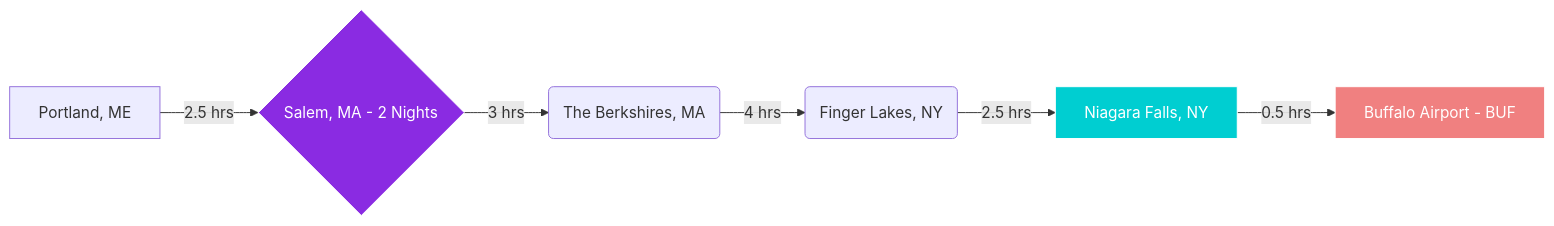
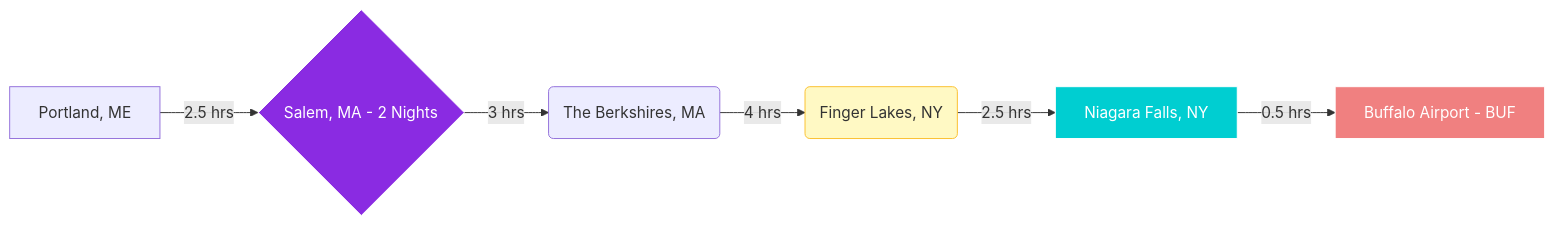
The diagram in trip.md (rcpsolutions-net/markdown-docs), drawn with Mermaid before and after one commit. The commit also changed other lines of this file, not shown here.

Commit message:
Add style for element D in trip.md

````diff
--- a/trip.md
+++ b/trip.md
@@ -57,12 +57,13 @@
 ```mermaid
 graph LR
     A[Portland, ME] -- "2.5 hrs" --> B{Salem, MA - 2 Nights}
     B -- "3 hrs" --> C(The Berkshires, MA)
     C -- "4 hrs" --> D(Finger Lakes, NY)
     D -- "2.5 hrs" --> E[Niagara Falls, NY]
     E -- "0.5 hrs" --> F[Buffalo Airport - BUF]
 
     style B fill:#8a2be2,stroke:#fff,color:#fff
     style E fill:#00ced1,stroke:#fff,color:#fff
     style F fill:#f08080,stroke:#fff,color:#fff
+    style D fill:#fff9c4,stroke:#fbc02d
 ```
````
